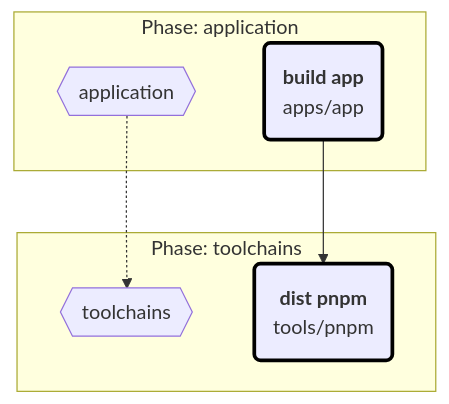
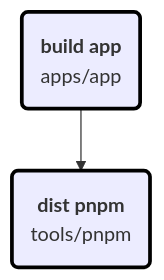
One commit to MagnusOpera/terrabuild changed the diagram in tests/phases/results/terrabuild-debug.info.md. Above: the diagram before and after it, drawn with Mermaid. The commit also changed 3 other files, not shown here.

Commit message:
Simplify Mermaid build graphs

````diff
--- a/tests/phases/results/terrabuild-debug.info.md
+++ b/tests/phases/results/terrabuild-debug.info.md
@@ -15,20 +15,13 @@
 ```mermaid
 flowchart TD
 classDef build stroke:red,stroke-width:3px
 classDef restore stroke:orange,stroke-width:3px
 classDef ignore stroke:black,stroke-width:3px
-subgraph phase_application_1FE28920["Phase: application"]
-phase_application_1FE28920_gate{{"application"}}
 #pnpm#phase-app:build("<b>build app</b> 
 apps/app")
-end
-subgraph phase_toolchains_8B7A6256["Phase: toolchains"]
-phase_toolchains_8B7A6256_gate{{"toolchains"}}
 workspace/path#tools/pnpm:dist("<b>dist pnpm</b> 
 tools/pnpm")
-end
-phase_application_1FE28920_gate -.-> phase_toolchains_8B7A6256_gate
 #pnpm#phase-app:build --> workspace/path#tools/pnpm:dist
 class #pnpm#phase-app:build ignore
 class workspace/path#tools/pnpm:dist ignore
 ```
````
